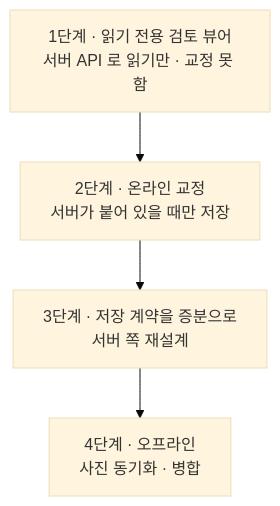
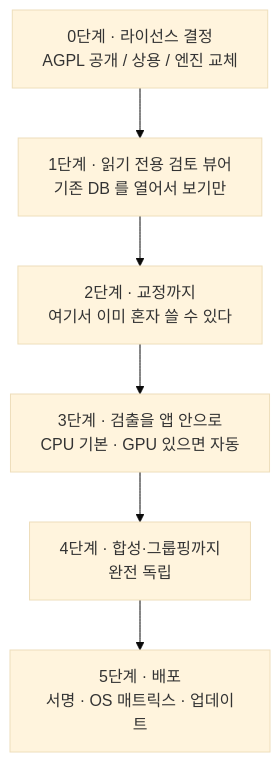
The second of 2 diagrams in docs/20260805_desktop-app-review.md (jikhanjung/DiaRUGA), drawn with Mermaid (base theme) before and after one commit. The commit also changed other lines of this file and 6 other files, not shown here.

First line of the commit message:
CPU 검출을 재고, 데스크탑 검토를 다시 쓴다 (049)

````diff
--- a/docs/20260805_desktop-app-review.md
+++ b/docs/20260805_desktop-app-review.md
@@ -225,7 +221,9 @@
 ```mermaid
 flowchart TB
-    S1["1단계 · 읽기 전용 검토 뷰어<br/>서버 API 로 읽기만 · 교정 못 함"] --> S2
-    S2["2단계 · 온라인 교정<br/>서버가 붙어 있을 때만 저장"] --> S3
-    S3["3단계 · 저장 계약을 증분으로<br/>서버 쪽 재설계"] --> S4
-    S4["4단계 · 오프라인<br/>사진 동기화 · 병합"]
+    L["0단계 · 라이선스 결정<br/>AGPL 공개 / 상용 / 엔진 교체"] --> S1
+    S1["1단계 · 읽기 전용 검토 뷰어<br/>기존 DB 를 열어서 보기만"] --> S2
+    S2["2단계 · 교정까지<br/>여기서 이미 혼자 쓸 수 있다"] --> S3
+    S3["3단계 · 검출을 앱 안으로<br/>CPU 기본 · GPU 있으면 자동"] --> S4
+    S4["4단계 · 합성·그룹핑까지<br/>완전 독립"] --> S5
+    S5["5단계 · 배포<br/>서명 · OS 매트릭스 · 업데이트"]
 ```
````
